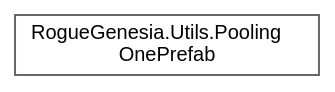
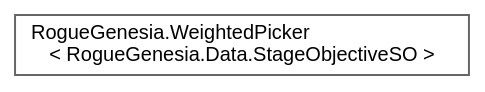
Before and after one commit to PlexusDuMenton/RogueGenesiaModAPI: the diagram in inherit_graph_166.dot, drawn with Graphviz. The commit also changed 1123 other files, not shown here.

```diff
--- a/inherit_graph_166.dot
+++ b/inherit_graph_166.dot
@@ -1,9 +1,9 @@
 digraph "Graphical Class Hierarchy"
 {
  // LATEX_PDF_SIZE
   bgcolor="transparent";
   edge [fontname=Helvetica,fontsize=10,labelfontname=Helvetica,labelfontsize=10];
   node [fontname=Helvetica,fontsize=10,shape=box,height=0.2,width=0.4];
   rankdir="LR";
-  Node0 [label="RogueGenesia.Utils.Pooling\lOnePrefab",height=0.2,width=0.4,color="grey40", fillcolor="white", style="filled",URL="$class_rogue_genesia_1_1_utils_1_1_pooling_one_prefab.html",tooltip=" "];
+  Node0 [label="RogueGenesia.WeightedPicker\l\< RogueGenesia.Data.StageObjectiveSO \>",height=0.2,width=0.4,color="grey40", fillcolor="white", style="filled",URL="$class_rogue_genesia_1_1_weighted_picker.html",tooltip=" "];
 }
```
